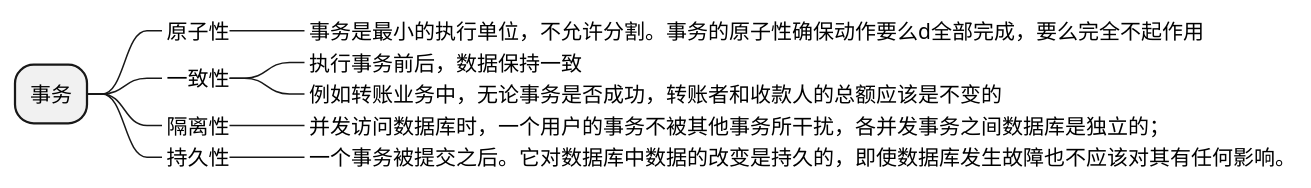
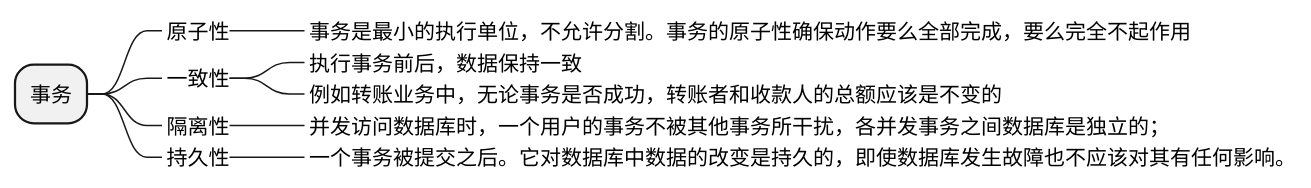
One commit to yayaa-uuu/study changed the first of 16 diagrams in 面试/数据库/mysql/mysql.md. Above: the diagram before and after it, drawn with PlantUML. The commit also changed other lines of this file, not shown here.

````diff
--- a/面试/数据库/mysql/mysql.md
+++ b/面试/数据库/mysql/mysql.md
@@ -2,14 +2,14 @@
 ```plantuml
 @startmindmap
 * 事务
 **_ 原子性
-***_ 事务是最小的执行单位，不允许分割。事务的原子性确保动作要么d全部完成，要么完全不起作用
+***_ 事务是最小的执行单位，不允许分割。事务的原子性确保动作要么全部完成，要么完全不起作用
 **_ 一致性
 ***_  执行事务前后，数据保持一致
 ***_  例如转账业务中，无论事务是否成功，转账者和收款人的总额应该是不变的
 **_ 隔离性
 ***_  并发访问数据库时，一个用户的事务不被其他事务所干扰，各并发事务之间数据库是独立的；
 **_ 持久性
 ***_  一个事务被提交之后。它对数据库中数据的改变是持久的，即使数据库发生故障也不应该对其有任何影响。
 @endmindmap
 ```
````
